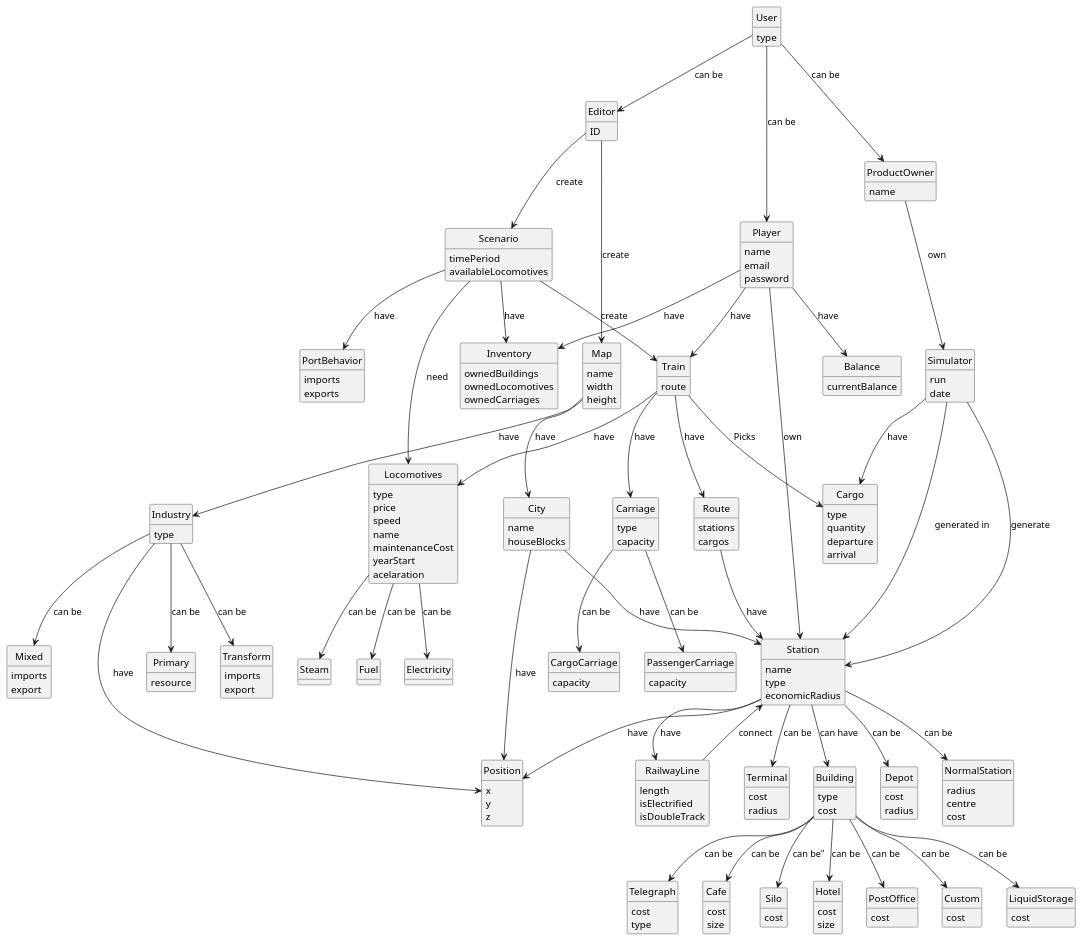
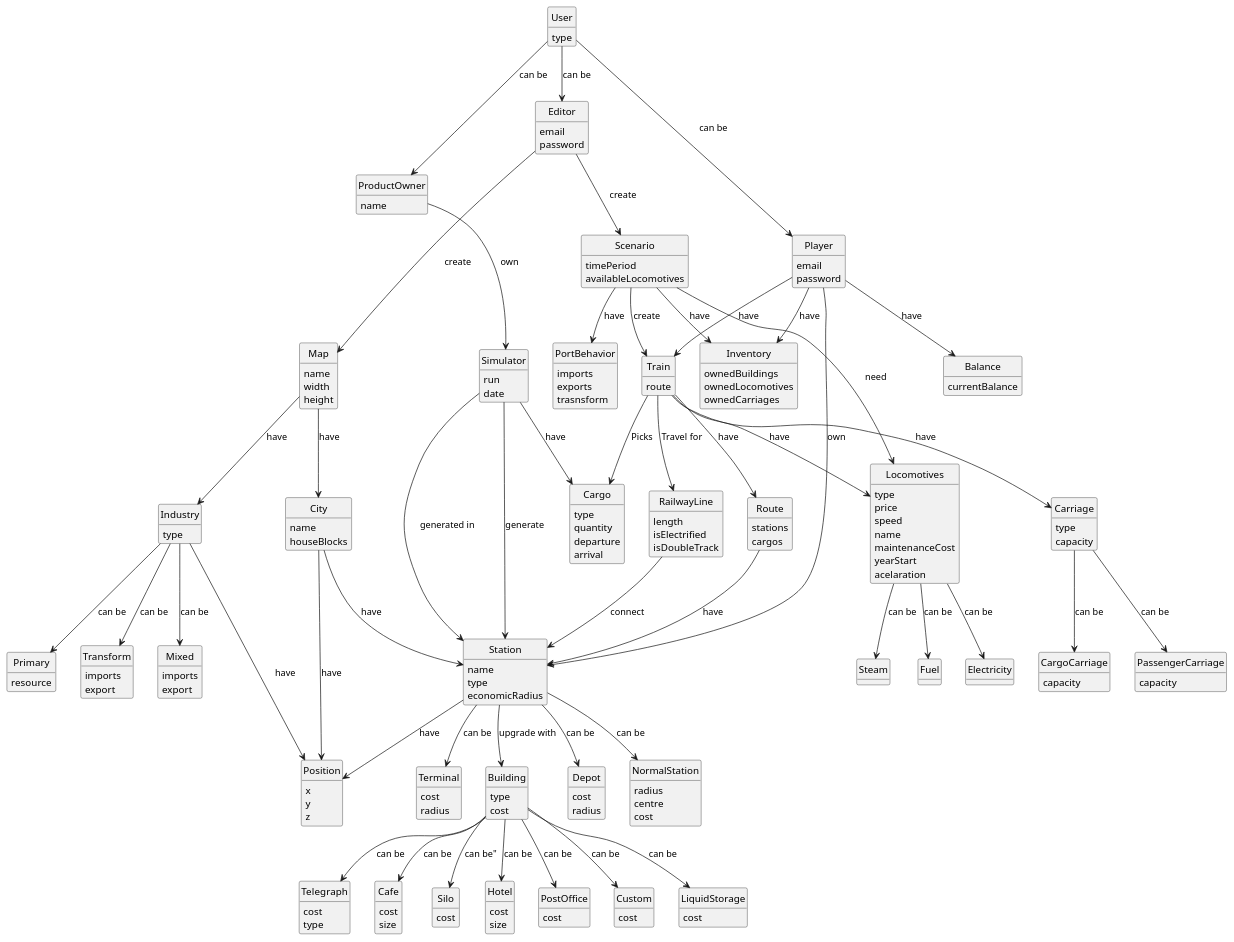
The diagram in docs/system-documentation/global-artifacts/02.analisys/puml/Domainmodel.puml (Andremonteiro1240850/railway_simulator), drawn with PlantUML before and after one commit.

Commit message:
Domain model simple alterations

```diff
--- a/docs/system-documentation/global-artifacts/02.analisys/puml/Domainmodel.puml
+++ b/docs/system-documentation/global-artifacts/02.analisys/puml/Domainmodel.puml
@@ -15,11 +15,12 @@
     }
 
     class Editor {
-        ID
+        email
+        password
     }
 
     class Player {
-        name
+
         email
         password
     }
@@ -69,6 +70,7 @@
     class PortBehavior {
         imports
         exports
+        trasnsform
     }
 
     Editor --> Scenario :"create"
@@ -206,7 +208,7 @@
 
 
     Player --> Station: "own"
-    Station  --> RailwayLine :"have"
+
     RailwayLine  -->  Station : "connect"
     Train  -->  Route :"have"
     Player --> Train : "have"
@@ -225,7 +227,7 @@
     Station --> Terminal: "can be"
     Station --> Depot: "can be"
     Station --> NormalStation: "can be"
-    Station --> Building : "can have"
+    Station --> Building : "upgrade with"
     Building --> Telegraph: "can be"
     Building --> Custom: "can be"
     Building --> Cafe: "can be"
@@ -244,6 +246,7 @@
     Train --> Cargo: "Picks"
     Route --> Station: "have"
     Simulator --> Station: "generate"
+    Train --> RailwayLine: "Travel for"
 
 
 
```
